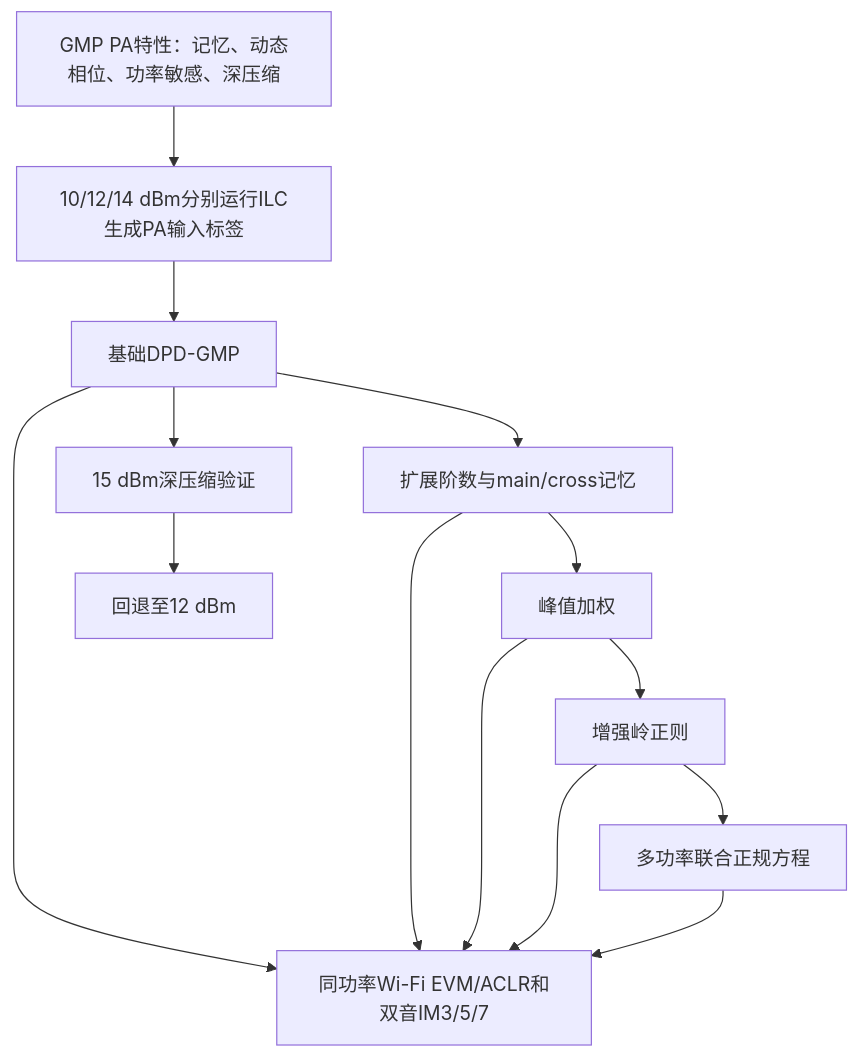
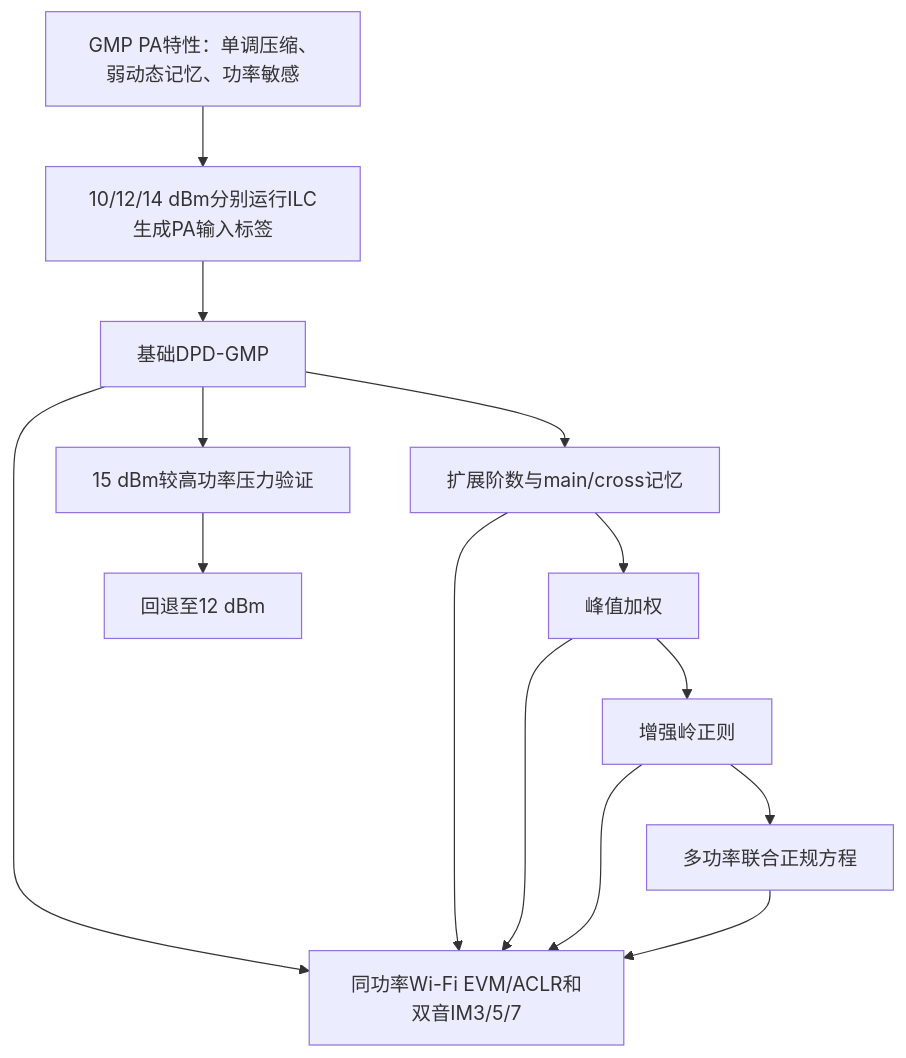
Before and after one commit to niyilu45/DPD_ILC: the second of 2 diagrams in doc/PaAnalyse.md, drawn with Mermaid. The commit also changed other lines of this file and 32 other files, not shown here.

````diff
--- a/doc/PaAnalyse.md
+++ b/doc/PaAnalyse.md
@@ -593,16 +593,16 @@
 ```mermaid
 flowchart TD
-    paResult["GMP PA特性：记忆、动态相位、功率敏感、深压缩"] --> label["10/12/14 dBm分别运行ILC生成PA输入标签"]
+    paResult["GMP PA特性：单调压缩、弱动态记忆、功率敏感"] --> label["10/12/14 dBm分别运行ILC生成PA输入标签"]
     label --> basic["基础DPD-GMP"]
     basic --> memory["扩展阶数与main/cross记忆"]
     memory --> peak["峰值加权"]
     peak --> ridge["增强岭正则"]
     ridge --> multi["多功率联合正规方程"]
-    basic --> stress["15 dBm深压缩验证"]
+    basic --> stress["15 dBm较高功率压力验证"]
     stress --> backoff["回退至12 dBm"]
     basic --> metrics["同功率Wi-Fi EVM/ACLR和双音IM3/5/7"]
     memory --> metrics
     peak --> metrics
     ridge --> metrics
     multi --> metrics
 ```
````
